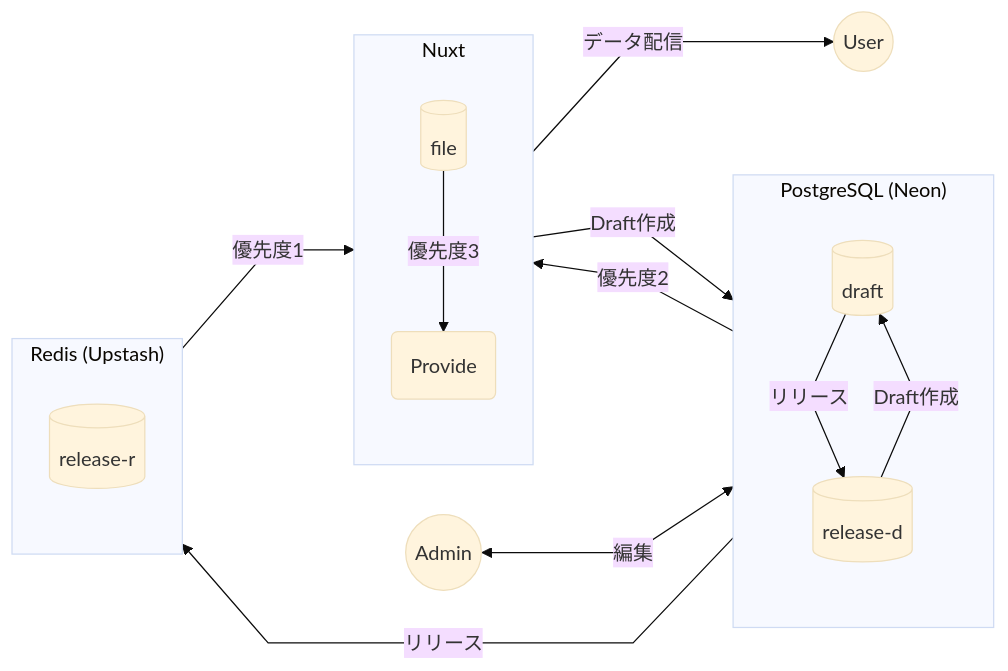
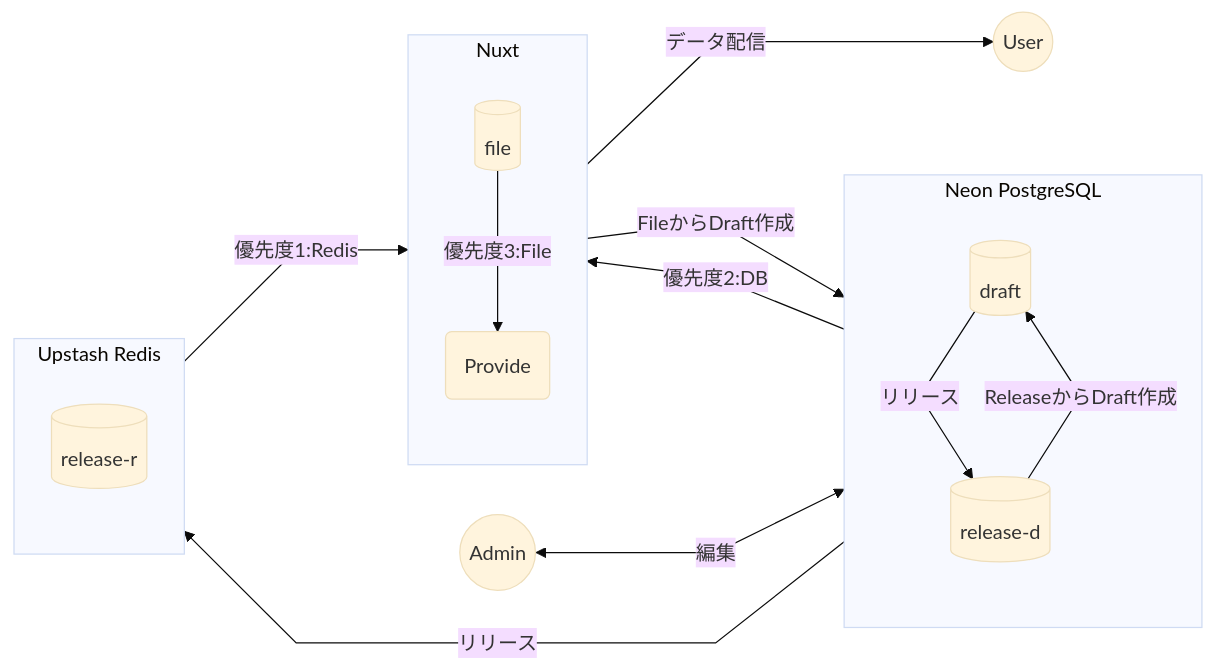
One commit to nishi-developers/SchoolMaps changed the first of 2 diagrams in Backend.md. Above: the diagram before and after it, drawn with Mermaid (base theme). The commit also changed other lines of this file and 1 other file, not shown here.

Commit message:
バックエンドの仕様を更新し、データフロー図とデータ構成の詳細を追加

````diff
--- a/Backend.md
+++ b/Backend.md
@@ -12,39 +14,39 @@
 ```mermaid
 %%{ init: { "flowchart": { "curve": "linear", "nodeSpacing": 40, "rankSpacing": 80 } } }%%
 flowchart LR
 
 %% セクション
 subgraph Nuxt
   direction TB
   N_file[(file)]
   N_provider(Provide)
 end
 
-subgraph DB["PostgreSQL (Neon)"]
+subgraph DB["Neon PostgreSQL"]
   direction TB
   D_draft[(draft)]
   D_release[(release-d)]
 end
 
-subgraph Redis["Redis (Upstash)"]
+subgraph Redis["Upstash Redis"]
   direction TB
   R_release[(release-r)]
 end
 
 %% 外部
 U((User))
 A((Admin))
 
 %% フロー
-N_file --Draft作成--> D_draft
-D_release --Draft作成--> D_draft 
+N_file --FileからDraft作成--> D_draft
+D_release --ReleaseからDraft作成--> D_draft 
 D_draft --リリース--> D_release
 D_draft --リリース--> R_release
 
-R_release --優先度1--> N_provider
-D_release --優先度2--> N_provider
-N_file --優先度3--> N_provider
+R_release --優先度1:Redis--> N_provider
+D_release --優先度2:DB--> N_provider
+N_file --優先度3:File--> N_provider
 N_provider --データ配信--> U
 
 A <--編集--> D_draft
 ```
````
